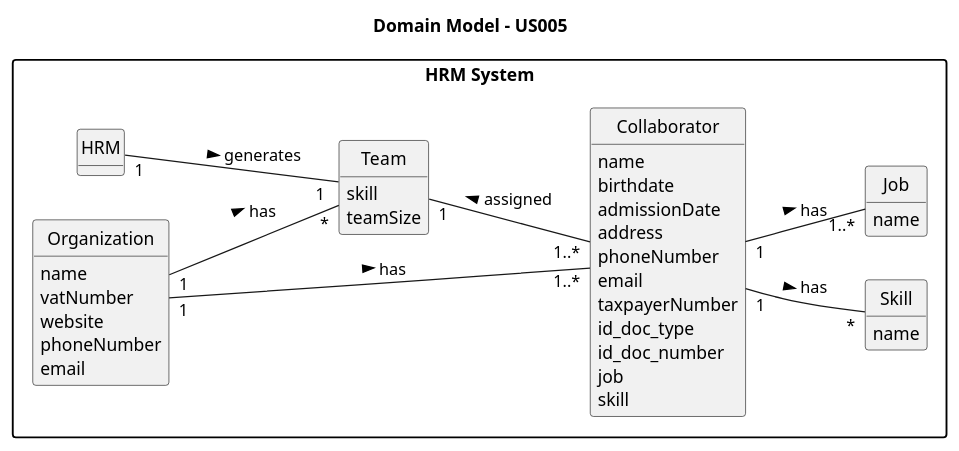
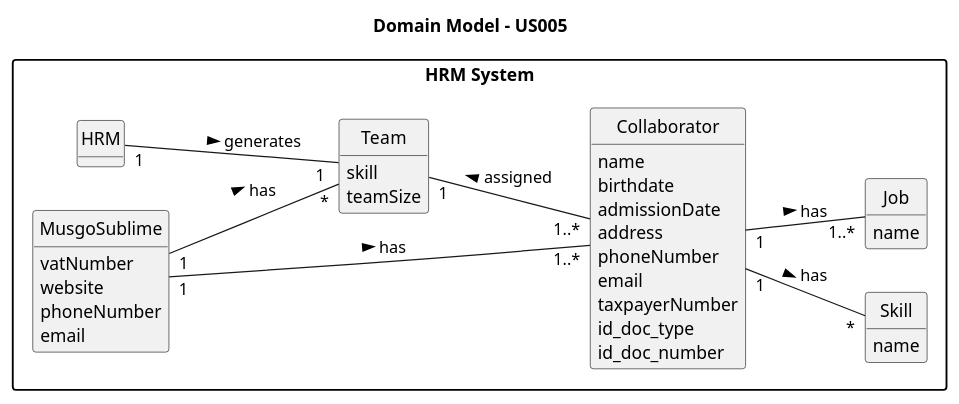
Before and after one commit to SAEmanuel/Green_Spaces_Management_ISEP: the diagram in docs/sprintA/us005/02.analysis/puml/us005-domain-model.puml, drawn with PlantUML. The commit also changed 7 other files, not shown here.

```diff
--- a/docs/sprintA/us005/02.analysis/puml/us005-domain-model.puml
+++ b/docs/sprintA/us005/02.analysis/puml/us005-domain-model.puml
@@ -1,66 +1,64 @@
 @startuml
 skinparam monochrome true
 skinparam packageStyle rectangle
 skinparam shadowing false
 
 title Domain Model - US005
 
 skinparam classAttributeIconSize 0
 
 left to right direction
 
 hide circles
 hide methods
 
 package "HRM System" {
     class HRM {
     }
 
     class Team {
         skill
         teamSize
     }
 
     class Collaborator {
             name
             birthdate
             admissionDate
             address
             phoneNumber
             email
             taxpayerNumber
             id_doc_type
             id_doc_number
-            job
-            skill
+
         }
 
-    class Organization {
-        name
+    class MusgoSublime {
         vatNumber
         website
         phoneNumber
         email
     }
 
     class Skill {
         name
     }
 
     class Job {
         name
     }
 
 
     HRM "1  " -- "1 " Team : generates >
-    Organization "1 " -- "*" Team : has >
-    Organization "1 " -- "1..*" Collaborator : has >
+    MusgoSublime "1 " -- "*" Team : has >
+    MusgoSublime "1 " -- "1..*" Collaborator : has >
     Team "1 " -- "1..*" Collaborator : assigned <
 
     Collaborator "1" -- "*" Skill : has >
     Collaborator "1" -- "1..*" Job : has >
 
 '    Organization "1" -- "*" Skill : has >
 '    Organization "1" -- "1..*" Job : has >
 }
 @enduml
```
